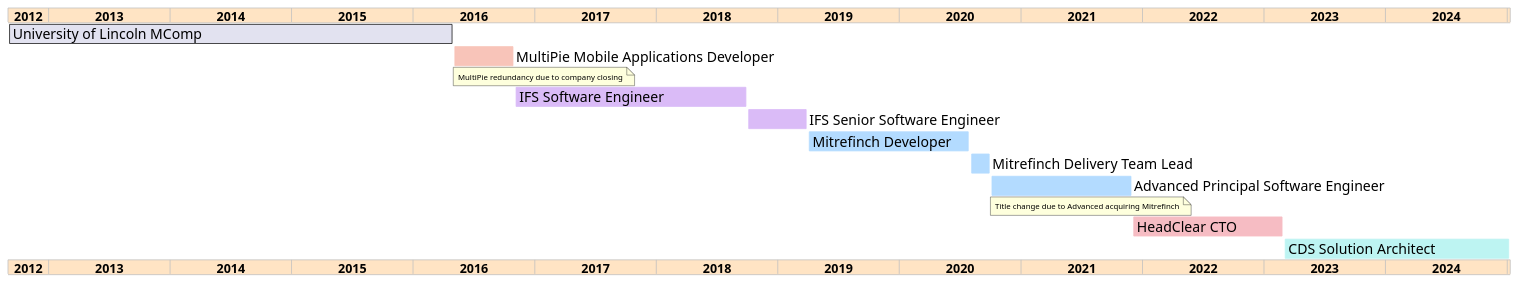
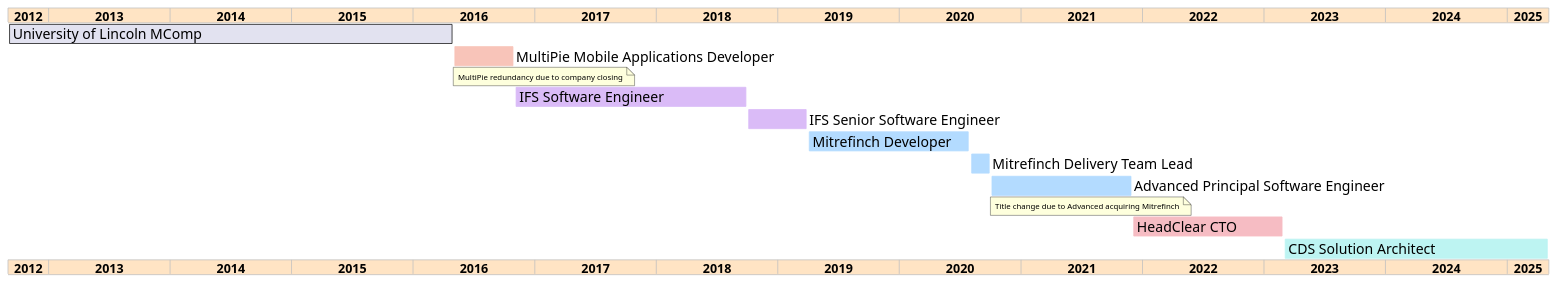
Before and after one commit to jamie-lord/Lord.technology: the diagram in me_gantt.puml, drawn with PlantUML.

```diff
--- a/me_gantt.puml
+++ b/me_gantt.puml
@@ -1,53 +1,53 @@
 @startgantt
 ganttscale yearly
 Project starts 2012-09-01
 
 <style>
 ganttDiagram {
     FontName Arial
     FontSize 18
     note {
         FontSize 10
     }
     timeline {
         BackgroundColor Bisque
         FontName Arial
         FontSize 16
         FontStyle bold
         FontColor black
     }
 }
 </style>
 
 [University of Lincoln MComp] starts 2012-09-01 and ends 2016-04-31
 
 [MultiPie Mobile Applications Developer] starts 2016-05-01 and ends 2016-10-31
 [MultiPie Mobile Applications Developer] is colored in #f8c4b9
 note bottom
 MultiPie redundancy due to company closing
 end note
 
 [IFS Software Engineer] starts 2016-11-01 and ends 2018-09-31
 [IFS Software Engineer] is colored in #dabbf7
 
 [IFS Senior Software Engineer] starts 2018-10-01 and ends 2019-03-31
 [IFS Senior Software Engineer] is colored in #dabbf7
 
 [Mitrefinch Developer] starts 2019-04-01 and ends 2020-07-30
 [Mitrefinch Developer] is colored in #b3dbff
 
 [Mitrefinch Delivery Team Lead] starts 2020-08-01 and ends 2020-09-31
 [Mitrefinch Delivery Team Lead] is colored in #b3dbff
 
 [Advanced Principal Software Engineer] starts 2020-10-01 and ends 2021-11-31
 [Advanced Principal Software Engineer] is colored in #b3dbff
 note bottom
 Title change due to Advanced acquiring Mitrefinch
 end note
 
 [HeadClear CTO] starts 2021-12-01 and ends 2023-02-28
 [HeadClear CTO] is colored in #f6bcc3
 
-[CDS Solution Architect] starts 2023-03-01 and ends 2025-01-09
+[CDS Solution Architect] starts 2023-03-01 and ends 2025-05-05
 [CDS Solution Architect] is colored in #bdf4f2
 @endgantt
```
